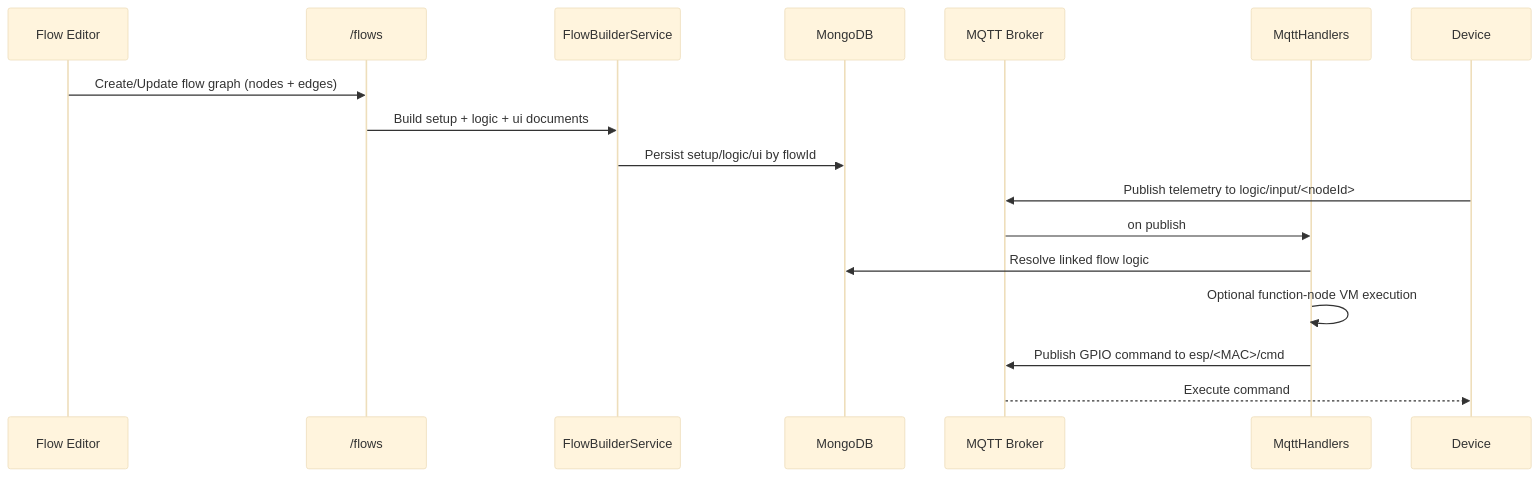
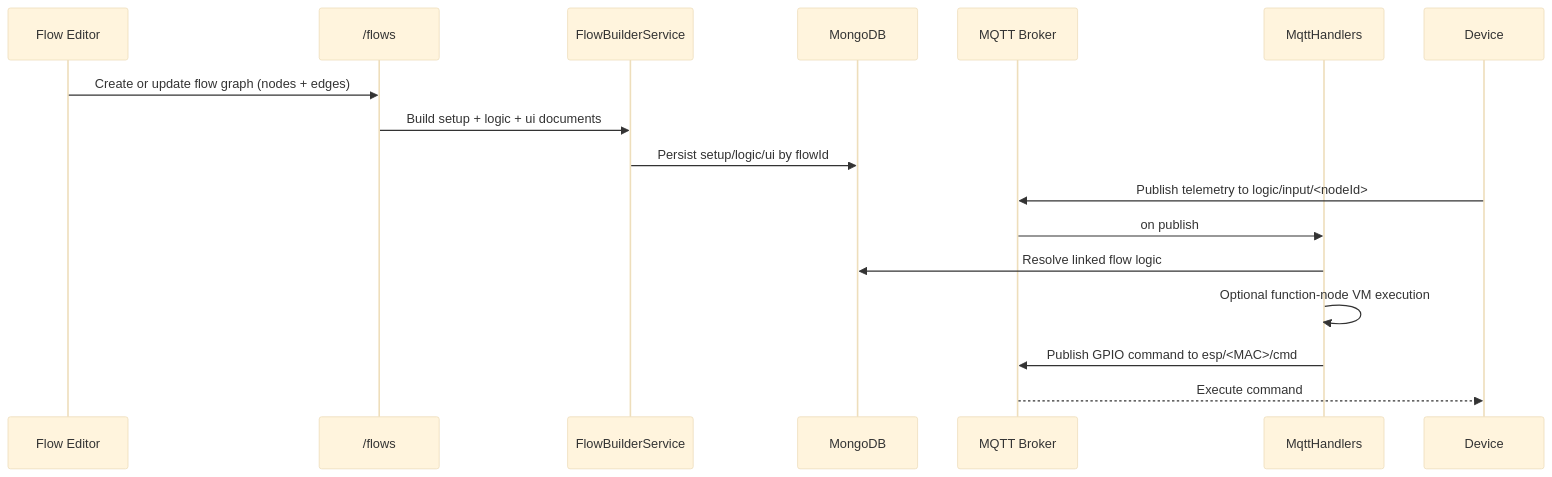
Before and after one commit to ahmed-atef-gad/nexusflow-backend: the fourth of 5 diagrams in docs/arch.md, drawn with Mermaid (base theme). The commit also changed other lines of this file and 3 other files, not shown here.

Commit message:
feat(notifications): add comprehensive notification system documentation and update architecture diagrams

````diff
--- a/docs/arch.md
+++ b/docs/arch.md
@@ -125,21 +140,21 @@
 ```mermaid
 sequenceDiagram
     participant UI as Flow Editor
     participant Flows as /flows
     participant Builder as FlowBuilderService
     participant DB as MongoDB
     participant Broker as MQTT Broker
     participant Handler as MqttHandlers
     participant ESP as Device
 
-    UI->>Flows: Create/Update flow graph (nodes + edges)
+    UI->>Flows: Create or update flow graph (nodes + edges)
     Flows->>Builder: Build setup + logic + ui documents
     Builder->>DB: Persist setup/logic/ui by flowId
 
     ESP->>Broker: Publish telemetry to logic/input/<nodeId>
     Broker->>Handler: on publish
     Handler->>DB: Resolve linked flow logic
     Handler->>Handler: Optional function-node VM execution
     Handler->>Broker: Publish GPIO command to esp/<MAC>/cmd
     Broker-->>ESP: Execute command
 ```
````
